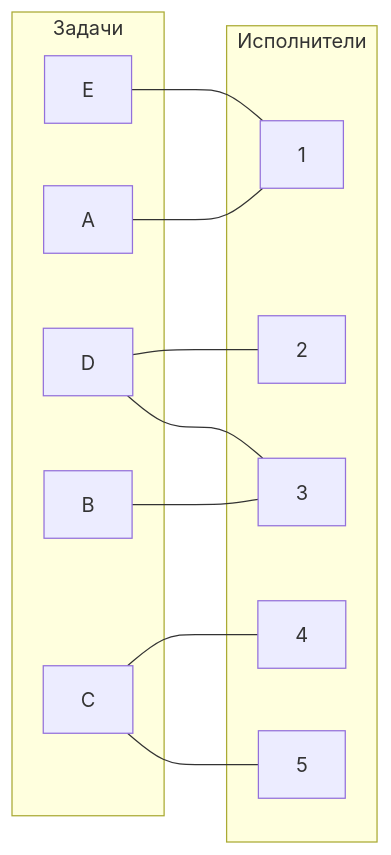
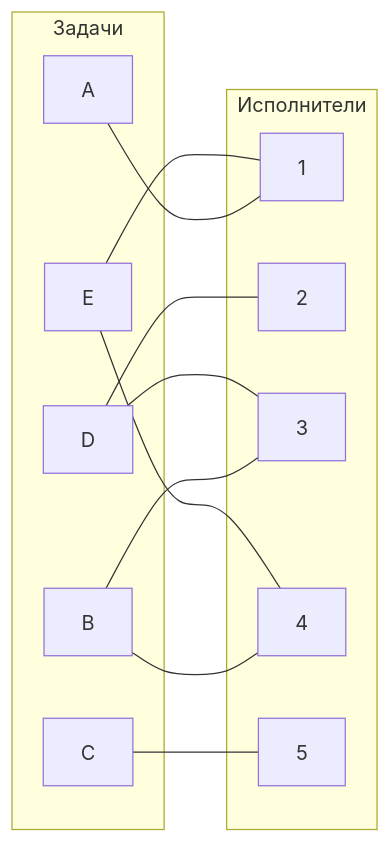
The third of 4 diagrams in task-8/goidaz.md (hse-algo-24-crow/manual-tasks-crow), drawn with Mermaid before and after one commit. The commit also changed other lines of this file, not shown here.

````diff
--- a/task-8/goidaz.md
+++ b/task-8/goidaz.md
@@ -246,24 +259,25 @@
 ```mermaid
 graph LR
     subgraph "Задачи"
         A[A]
         B[B]
         C[C]
         D[D]
         E[E]
     end
     subgraph "Исполнители"
         I1[1]
         I2[2]
         I3[3]
         I4[4]
         I5[5]
     end
     A --- I1
     B --- I3
-    C --- I4
+    B --- I4
     C --- I5
     D --- I2
     D --- I3
     E --- I1
+    E --- I4
 ```
````
